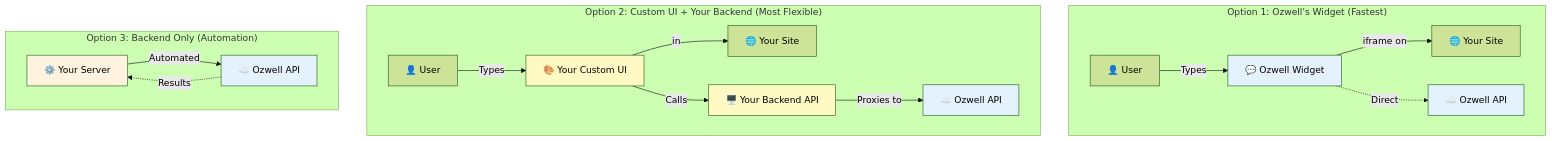
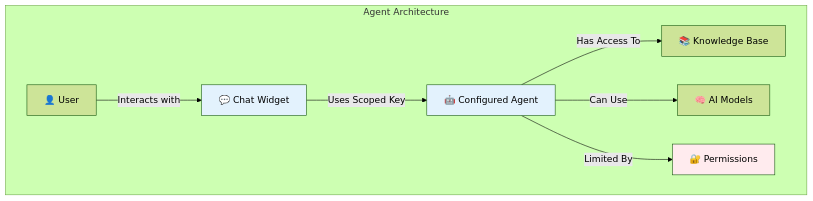
One commit to mieweb/ozwellai-api changed the diagram in docs/overview.md. Above: the diagram before and after it, drawn with Mermaid (forest theme). The commit also changed other lines of this file and 3 other files, not shown here.

````diff
--- a/docs/overview.md
+++ b/docs/overview.md
@@ -71,27 +97,14 @@
 ```mermaid
 graph TB
-    subgraph "Option 1: Ozwell's Widget (Fastest)"
-        User1[👤 User] -->|Types| Widget[💬 Ozwell Widget]
-        Widget -->|iframe on| Site1[🌐 Your Site]
-        Widget -.->|Direct| OzwellAPI1[☁️ Ozwell API]
+    subgraph "Agent Architecture"
+        User[👤 User] -->|Interacts with| Widget[💬 Chat Widget]
+        Widget -->|Uses Scoped Key| Agent[🤖 Configured Agent]
+        Agent -->|Has Access To| Knowledge[📚 Knowledge Base]
+        Agent -->|Can Use| Models[🧠 AI Models]
+        Agent -->|Limited By| Permissions[🔐 Permissions]
+        
+        style Agent fill:#e3f2fd
         style Widget fill:#e3f2fd
-        style OzwellAPI1 fill:#e3f2fd
-    end
-    
-    subgraph "Option 2: Custom UI + Your Backend (Most Flexible)"
-        User2[👤 User] -->|Types| CustomUI[🎨 Your Custom UI]
-        CustomUI -->|in| Site2[🌐 Your Site]
-        CustomUI -->|Calls| YourBackend[🖥️ Your Backend API]
-        YourBackend -->|Proxies to| OzwellAPI2[☁️ Ozwell API]
-        style CustomUI fill:#fff9c4
-        style YourBackend fill:#fff9c4
-        style OzwellAPI2 fill:#e3f2fd
-    end
-    
-    subgraph "Option 3: Backend Only (Automation)"
-        YourServer[⚙️ Your Server] -->|Automated| OzwellAPI3[☁️ Ozwell API]
-        OzwellAPI3 -.->|Results| YourServer
-        style YourServer fill:#fff3e0
-        style OzwellAPI3 fill:#e3f2fd
+        style Permissions fill:#ffebee
     end
 ```
````
